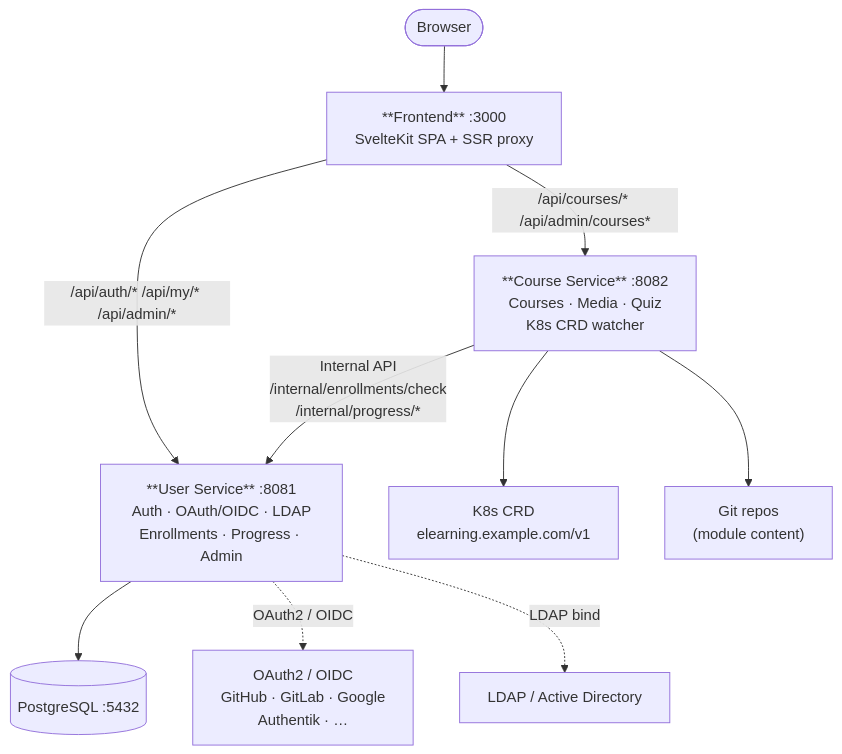
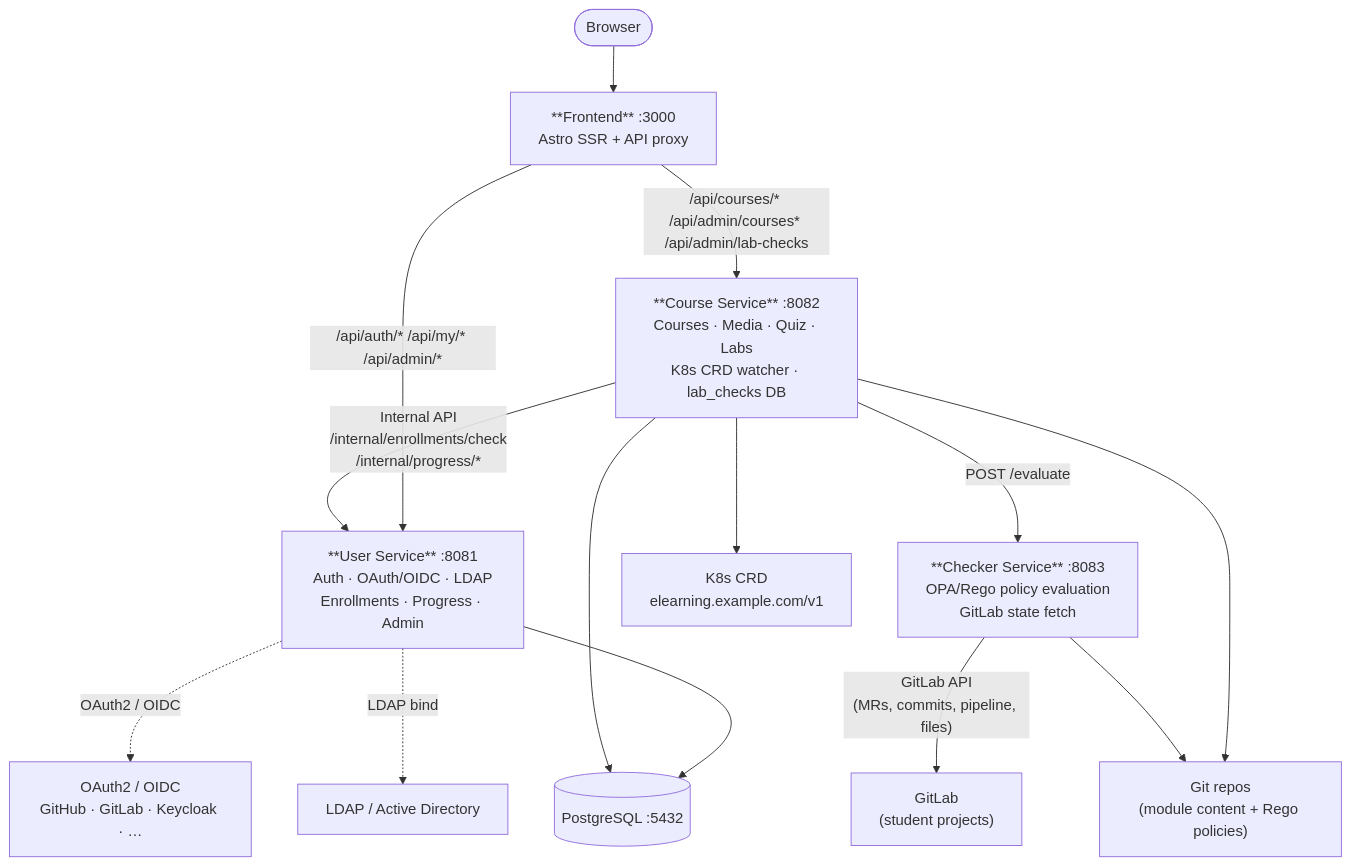
One commit to Towarmat83/ELearningPlatform changed the diagram in README.md. Above: the diagram before and after it, drawn with Mermaid. The commit also changed other lines of this file, not shown here.

Commit message:
update de l'architecture

````diff
--- a/README.md
+++ b/README.md
@@ -7,26 +7,32 @@
 ```mermaid
 graph TD
     Browser(["Browser"])
 
-    Frontend["**Frontend** :3000\nSvelteKit SPA + SSR proxy"]
+    Frontend["**Frontend** :3000\nAstro SSR + API proxy"]
 
     UserService["**User Service** :8081\nAuth · OAuth/OIDC · LDAP\nEnrollments · Progress · Admin"]
-    CourseService["**Course Service** :8082\nCourses · Media · Quiz\nK8s CRD watcher"]
+    CourseService["**Course Service** :8082\nCourses · Media · Quiz · Labs\nK8s CRD watcher · lab_checks DB"]
+    CheckerService["**Checker Service** :8083\nOPA/Rego policy evaluation\nGitLab state fetch"]
 
     PostgreSQL[("PostgreSQL :5432")]
     K8sCRD["K8s CRD\nelearning.example.com/v1"]
-    GitRepos["Git repos\n(module content)"]
+    GitRepos["Git repos\n(module content + Rego policies)"]
+    GitLab["GitLab\n(student projects)"]
 
-    OAuthProviders["OAuth2 / OIDC\nGitHub · GitLab · Google\nAuthentik · …"]
+    OAuthProviders["OAuth2 / OIDC\nGitHub · GitLab · Keycloak · …"]
     LDAP["LDAP / Active Directory"]
 
     Browser --> Frontend
     Frontend -- "/api/auth/* /api/my/* /api/admin/*" --> UserService
-    Frontend -- "/api/courses/* /api/admin/courses*" --> CourseService
+    Frontend -- "/api/courses/* /api/admin/courses* /api/admin/lab-checks" --> CourseService
     CourseService -- "Internal API\n/internal/enrollments/check\n/internal/progress/*" --> UserService
+    CourseService -- "POST /evaluate" --> CheckerService
+    CheckerService -- "GitLab API\n(MRs, commits, pipeline, files)" --> GitLab
     UserService --> PostgreSQL
+    CourseService --> PostgreSQL
     CourseService --> K8sCRD
     CourseService --> GitRepos
+    CheckerService --> GitRepos
     UserService -. "OAuth2 / OIDC" .-> OAuthProviders
     UserService -. "LDAP bind" .-> LDAP
 ```
````
